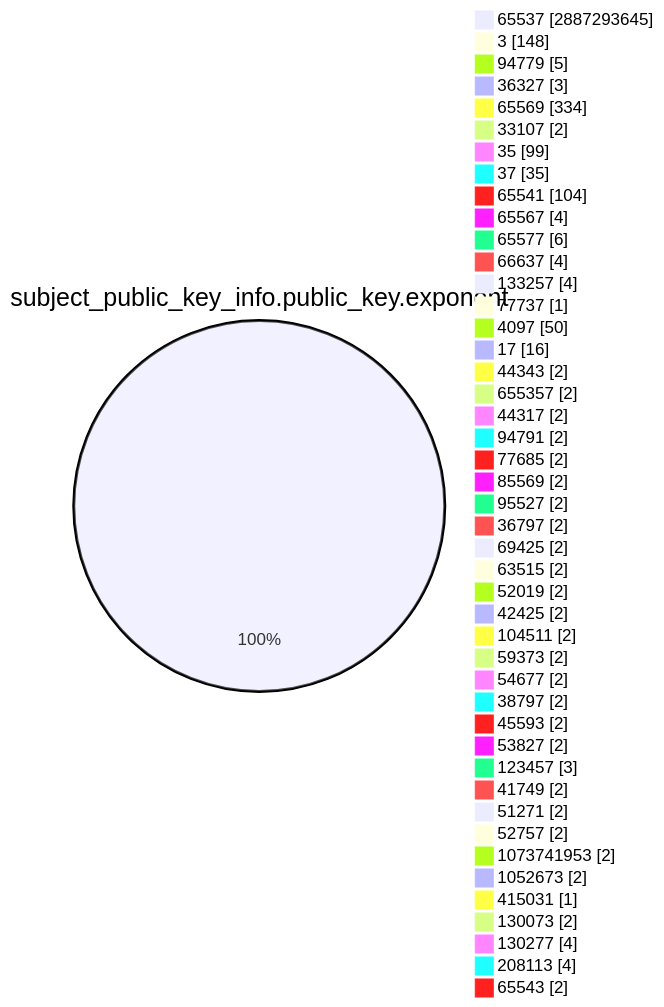
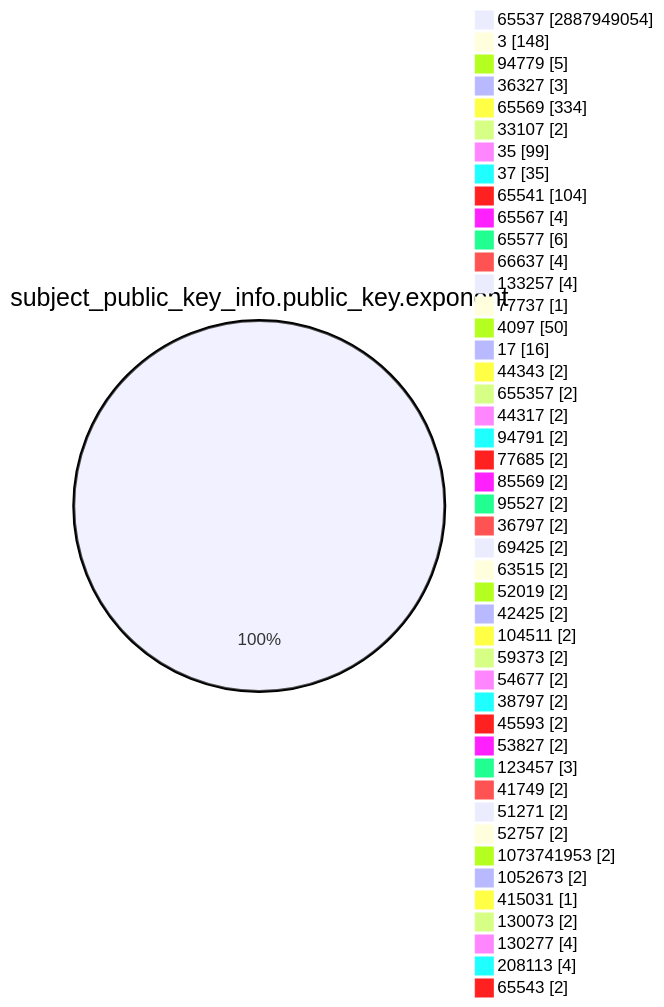
Before and after one commit to christiankrug/ctmonitor_visualization: the fourth of 15 diagrams in TOTAL/README.md, drawn with Mermaid. The commit also changed other lines of this file, not shown here.

````diff
--- a/TOTAL/README.md
+++ b/TOTAL/README.md
@@ -1468,49 +1468,49 @@
 ```mermaid
 pie showData
 title subject_public_key_info.public_key.exponent
-"65537" :2887293645
+"65537" :2887949054
 "3" :148
 "94779" :5
 "36327" :3
 "65569" :334
 "33107" :2
 "35" :99
 "37" :35
 "65541" :104
 "65567" :4
 "65577" :6
 "66637" :4
 "133257" :4
 "77737" :1
 "4097" :50
 "17" :16
 "44343" :2
 "655357" :2
 "44317" :2
 "94791" :2
 "77685" :2
 "85569" :2
 "95527" :2
 "36797" :2
 "69425" :2
 "63515" :2
 "52019" :2
 "42425" :2
 "104511" :2
 "59373" :2
 "54677" :2
 "38797" :2
 "45593" :2
 "53827" :2
 "123457" :3
 "41749" :2
 "51271" :2
 "52757" :2
 "1073741953" :2
 "1052673" :2
 "415031" :1
 "130073" :2
 "130277" :4
 "208113" :4
 "65543" :2
 ```
````
